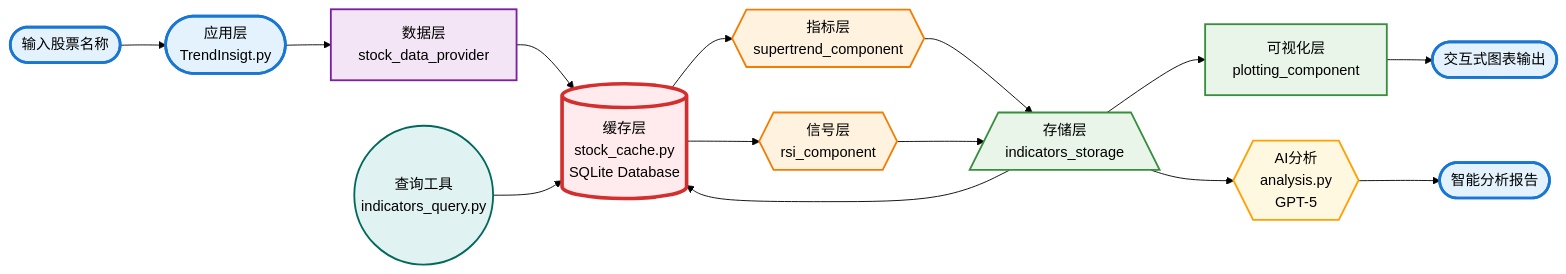
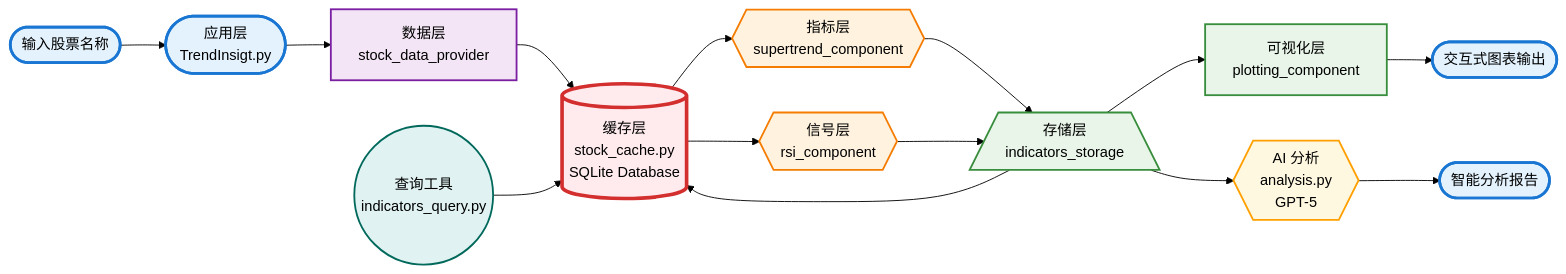
Before and after one commit to jerlinn/PulseTrader: the first of 3 diagrams in Readme.md, drawn with Mermaid (forest theme). The commit also changed 4 other files, not shown here.

````diff
--- a/Readme.md
+++ b/Readme.md
@@ -27,57 +27,57 @@
 ```mermaid
 graph LR
     %% 用户交互层 - 圆角矩形
     USER([输入股票名称]) --> APP([应用层<br/>TrendInsigt.py])
     
     %% 数据处理层 - 矩形
     APP --> DATA[数据层<br/>stock_data_provider]
     DATA --> CACHE[(缓存层<br/>stock_cache.py<br/>SQLite Database)]
     
     %% 计算引擎层 - 六边形
     CACHE --> SUPER{{指标层<br/>supertrend_component}}
     CACHE --> RSI{{信号层<br/>rsi_component}}
     
     %% 存储管理层 - 梯形
     SUPER --> STORE[/存储层<br/>indicators_storage\]
     RSI --> STORE
     STORE --> CACHE
     
     %% 输出层 - 圆角矩形和菱形
     STORE --> VIZ[可视化层<br/>plotting_component]
     VIZ --> CHART([交互式图表输出])
     
     %% AI 分析层 - 云形状
-    STORE --> AI{{AI分析<br/>analysis.py<br/>GPT-5}}
+    STORE --> AI{{AI 分析<br/>analysis.py<br/>GPT-5}}
     AI --> REPORT([智能分析报告])
     
     %% 工具层 - 圆形
     QUERY((查询工具<br/>indicators_query.py)) --> CACHE
     
     %% 用户交互层样式 - 蓝色系
     classDef userLayer fill:#e3f2fd,stroke:#1976d2,stroke-width:3px,color:#000
     class USER,APP,CHART,REPORT userLayer
     
     %% 数据层样式 - 紫色系
     classDef dataLayer fill:#f3e5f5,stroke:#7b1fa2,stroke-width:2px,color:#000
     class DATA dataLayer
     
     %% 存储层样式 - 红色系
     classDef storageLayer fill:#ffebee,stroke:#d32f2f,stroke-width:4px,color:#000
     class CACHE storageLayer
     
     %% 计算层样式 - 橙色系
     classDef computeLayer fill:#fff3e0,stroke:#f57c00,stroke-width:2px,color:#000
     class SUPER,RSI computeLayer
     
     %% 存储管理样式 - 绿色系
     classDef mgmtLayer fill:#e8f5e8,stroke:#388e3c,stroke-width:2px,color:#000
     class STORE,VIZ mgmtLayer
     
     %% AI 层样式 - 黄色系
     classDef aiLayer fill:#fff8e1,stroke:#ffa000,stroke-width:2px,color:#000
     class AI aiLayer
     
     %% 工具层样式 - 青色系
     classDef toolLayer fill:#e0f2f1,stroke:#00695c,stroke-width:2px,color:#000
     class QUERY toolLayer
 ```
````
